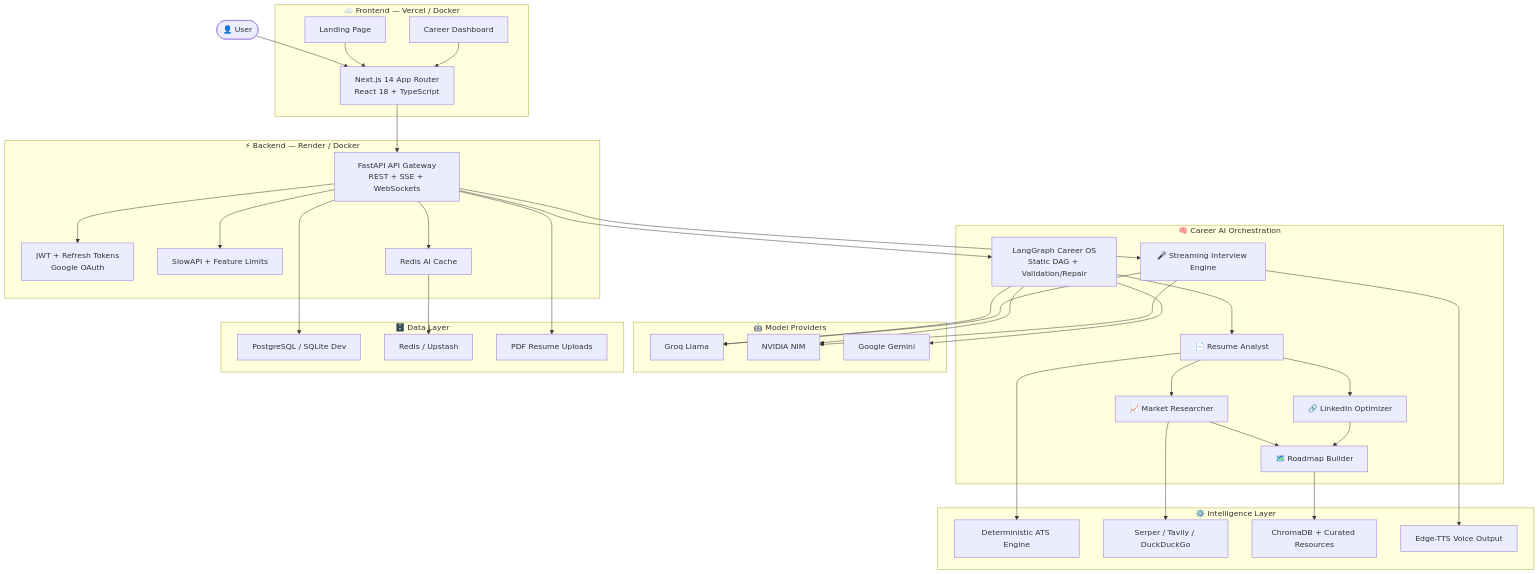
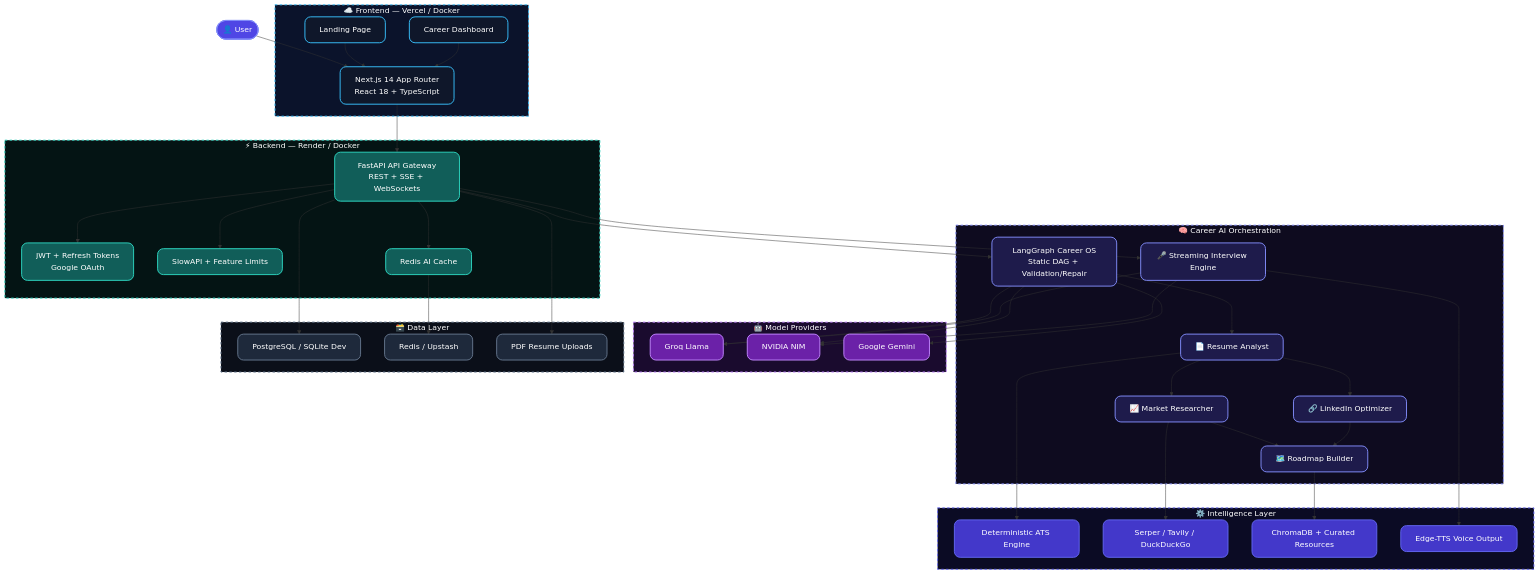
One commit to Anil-Pradhan-web/ai-career-mentor changed the diagram in README.md. Above: the diagram before and after it, drawn with Mermaid.

Commit message:
docs: add premium dark-theme colors and glowing borders to Mermaid architecture diagram

````diff
--- a/README.md
+++ b/README.md
@@ -229,7 +229,7 @@
         Gemini["Google Gemini"]
     end
 
-    subgraph Data ["🗄️ Data Layer"]
+    subgraph Data ["🗃️ Data Layer"]
         Postgres["PostgreSQL / SQLite Dev"]
         Redis["Redis / Upstash"]
         Files["PDF Resume Uploads"]
@@ -261,4 +261,27 @@
     API --> Postgres
     Cache --> Redis
     API --> Files
+
+    classDef userStyle fill:#4F46E5,stroke:#818CF8,stroke-width:2px,color:#fff,rx:10px,ry:10px;
+    classDef frontStyle fill:#0F172A,stroke:#38BDF8,stroke-width:2px,color:#fff,rx:12px,ry:12px;
+    classDef backStyle fill:#115E59,stroke:#2DD4BF,stroke-width:2px,color:#fff,rx:12px,ry:12px;
+    classDef orchStyle fill:#1E1B4B,stroke:#818CF8,stroke-width:2px,color:#fff,rx:12px,ry:12px;
+    classDef intelStyle fill:#4338CA,stroke:#6366F1,stroke-width:2px,color:#fff,rx:12px,ry:12px;
+    classDef provStyle fill:#6B21A8,stroke:#C084FC,stroke-width:2px,color:#fff,rx:12px,ry:12px;
+    classDef dataStyle fill:#1E293B,stroke:#64748B,stroke-width:2px,color:#fff,rx:12px,ry:12px;
+
+    class User userStyle;
+    class Landing,Dashboard,NextJS frontStyle;
+    class API,Auth,RateLimit,Cache backStyle;
+    class Graph,Resume,Market,LinkedIn,Roadmap,Interview orchStyle;
+    class ATS,Search,RAG,Voice intelStyle;
+    class Groq,NVIDIA,Gemini provStyle;
+    class Postgres,Redis,Files dataStyle;
+    
+    style Frontend fill:#0B132B,stroke:#38BDF8,stroke-width:2px,stroke-dasharray: 5 5,color:#fff
+    style Backend fill:#041414,stroke:#2DD4BF,stroke-width:2px,stroke-dasharray: 5 5,color:#fff
+    style Orchestration fill:#0E0B1F,stroke:#818CF8,stroke-width:2px,stroke-dasharray: 5 5,color:#fff
+    style Intelligence fill:#0B0B24,stroke:#6366F1,stroke-width:2px,stroke-dasharray: 5 5,color:#fff
+    style Providers fill:#1A0B2E,stroke:#C084FC,stroke-width:2px,stroke-dasharray: 5 5,color:#fff
+    style Data fill:#0B0F19,stroke:#64748B,stroke-width:2px,stroke-dasharray: 5 5,color:#fff
 ```
````
